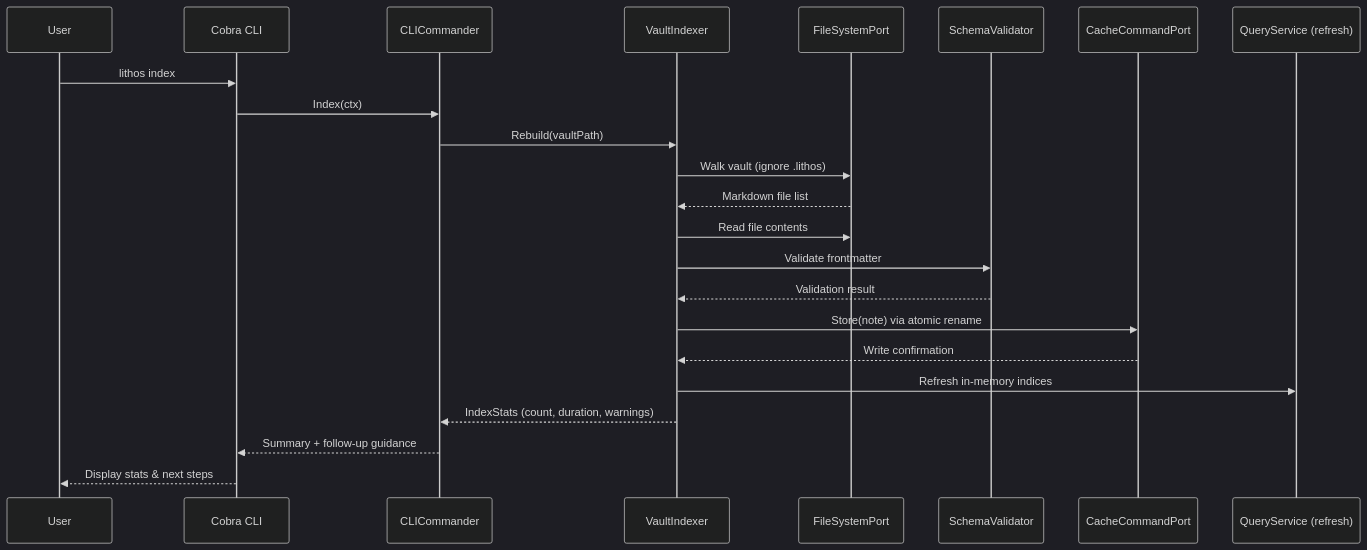
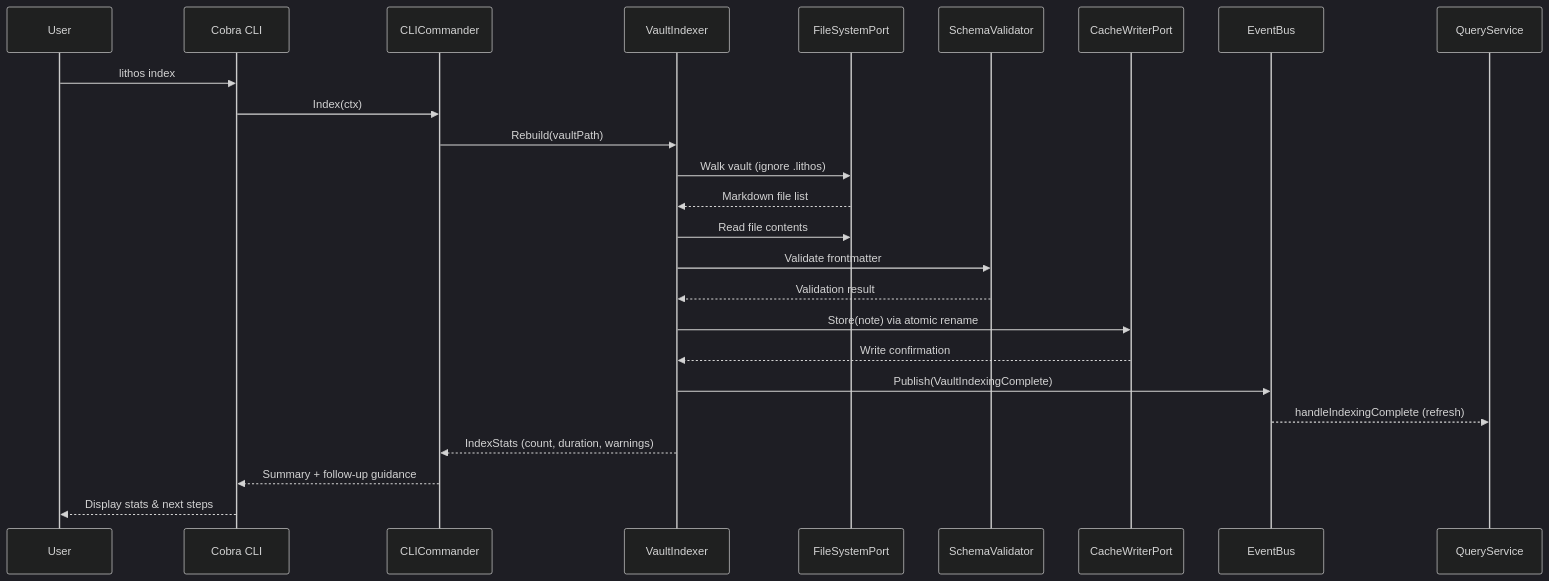
The third of 3 diagrams in docs/architecture/core-workflows.md (JackMatanky/lithos), drawn with Mermaid (dark theme) before and after one commit. The commit also changed other lines of this file and 1 other file, not shown here.

Commit message:
docs(arch): standardize port naming and modernize core sequence diagrams

````diff
--- a/docs/architecture/core-workflows.md
+++ b/docs/architecture/core-workflows.md
@@ -69,26 +69,28 @@
 ```mermaid
 sequenceDiagram
     participant User
     participant CLI as Cobra CLI
     participant CO as CLICommander
     participant VI as VaultIndexer
     participant FS as FileSystemPort
     participant SV as SchemaValidator
-    participant CC as CacheCommandPort
-    participant REG as QueryService (refresh)
+    participant CW as CacheWriterPort
+    participant EB as EventBus
+    participant QS as QueryService
 
     User->>CLI: lithos index
     CLI->>CO: Index(ctx)
     CO->>VI: Rebuild(vaultPath)
     VI->>FS: Walk vault (ignore .lithos)
     FS-->>VI: Markdown file list
     VI->>FS: Read file contents
     VI->>SV: Validate frontmatter
     SV-->>VI: Validation result
-    VI->>CC: Store(note) via atomic rename
-    CC-->>VI: Write confirmation
-    VI->>REG: Refresh in-memory indices
+    VI->>CW: Store(note) via atomic rename
+    CW-->>VI: Write confirmation
+    VI->>EB: Publish(VaultIndexingComplete)
+    EB-->>QS: handleIndexingComplete (refresh)
     VI-->>CO: IndexStats (count, duration, warnings)
     CO-->>CLI: Summary + follow-up guidance
     CLI-->>User: Display stats & next steps
 ```
````
